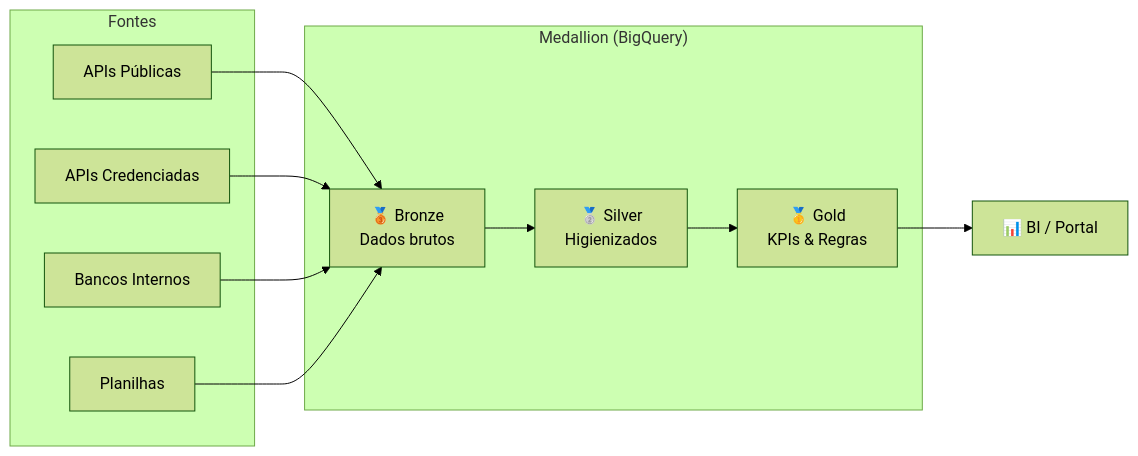
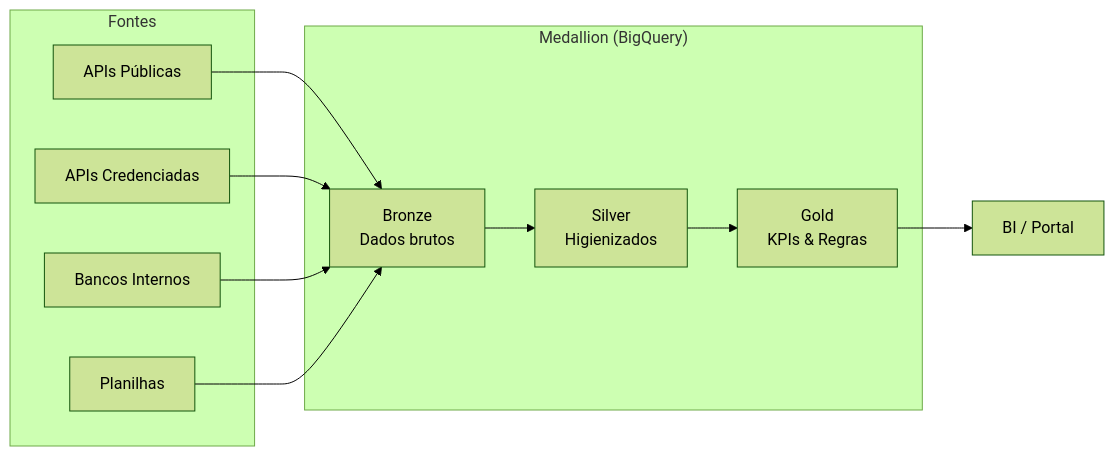
The diagram in README.md (nessenergy/Alupdatalake), drawn with Mermaid (forest theme) before and after one commit. The commit also changed other lines of this file and 10 other files, not shown here.

````diff
--- a/README.md
+++ b/README.md
@@ -18,21 +18,21 @@
 ```mermaid
 graph LR
-    subgraph Fontes
-        A[APIs Públicas]
-        B[APIs Credenciadas]
-        C[Bancos Internos]
-        D[Planilhas]
-    end
-    subgraph "Medallion (BigQuery)"
-        E["🥉 Bronze<br/>Dados brutos"]
-        F["🥈 Silver<br/>Higienizados"]
-        G["🥇 Gold<br/>KPIs & Regras"]
-    end
-    A --> E
-    B --> E
-    C --> E
-    D --> E
-    E --> F
-    F --> G
-    G --> H["📊 BI / Portal"]
+ subgraph Fontes
+ A[APIs Públicas]
+ B[APIs Credenciadas]
+ C[Bancos Internos]
+ D[Planilhas]
+ end
+ subgraph "Medallion (BigQuery)"
+ E[" Bronze<br/>Dados brutos"]
+ F[" Silver<br/>Higienizados"]
+ G[" Gold<br/>KPIs & Regras"]
+ end
+ A --> E
+ B --> E
+ C --> E
+ D --> E
+ E --> F
+ F --> G
+ G --> H[" BI / Portal"]
 ```
````
